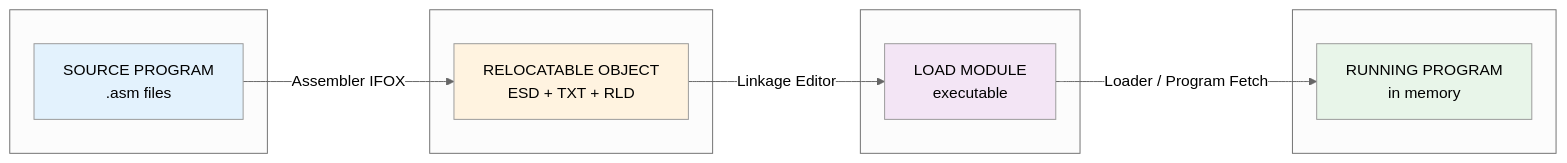
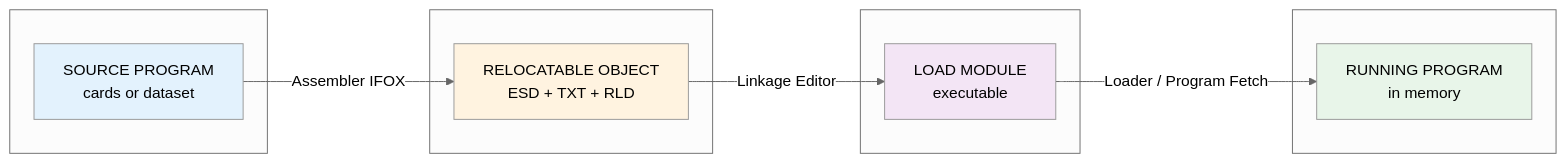
Before and after one commit to moshix/IFOX: the first of 2 diagrams in multi_pass.md, drawn with Mermaid (neutral theme). The commit also changed other lines of this file, not shown here.

````diff
--- a/multi_pass.md
+++ b/multi_pass.md
@@ -21,24 +21,24 @@
 ```mermaid
 flowchart LR
     subgraph Assembly[" "]
-        A[SOURCE PROGRAM<br>.asm files]
+        A[SOURCE PROGRAM<br>cards or dataset]
     end
     subgraph Link[" "]
         B[RELOCATABLE OBJECT<br>ESD + TXT + RLD]
     end
     subgraph Load[" "]
         C[LOAD MODULE<br>executable]
     end
     subgraph Run[" "]
         D[RUNNING PROGRAM<br>in memory]
     end
     
     A -->|Assembler IFOX| B
     B -->|Linkage Editor| C
     C -->|Loader / Program Fetch| D
     
     style A fill:#e3f2fd
     style B fill:#fff3e0
     style C fill:#f3e5f5
     style D fill:#e8f5e9
 ```
````
